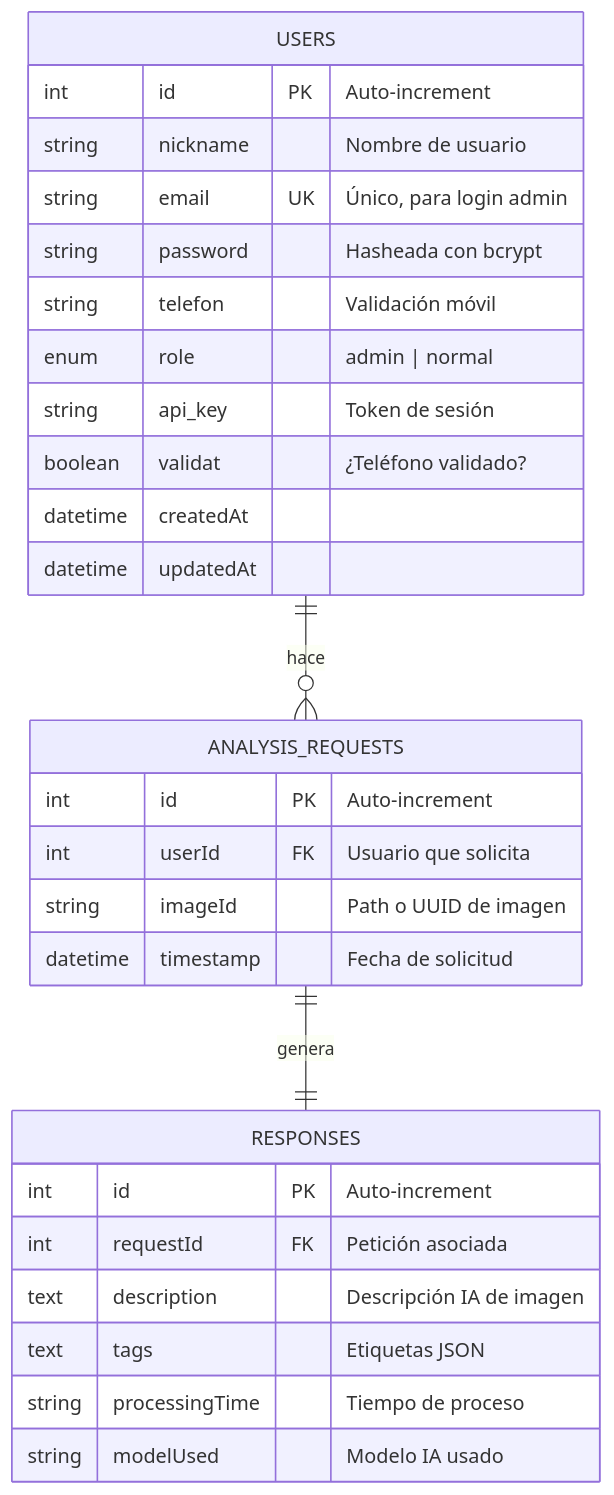
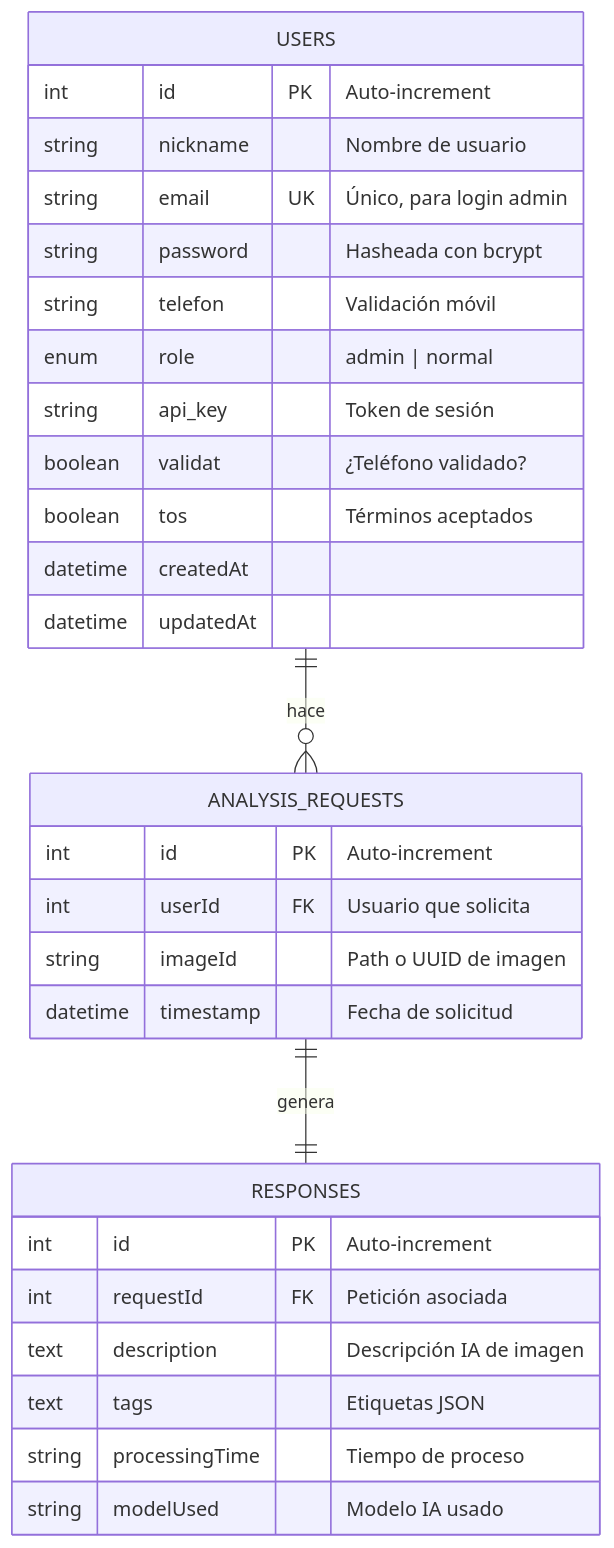
The second of 3 diagrams in docs/DOCUMENTACION.md (Barg0s/serverUxia), drawn with Mermaid before and after one commit. The commit also changed other lines of this file and 1 other file, not shown here.

Commit message:
el tos si se ponia

````diff
--- a/docs/DOCUMENTACION.md
+++ b/docs/DOCUMENTACION.md
@@ -34,34 +34,35 @@
 ```mermaid
 erDiagram
     USERS {
         int id PK "Auto-increment"
         string nickname "Nombre de usuario"
         string email UK "Único, para login admin"
         string password "Hasheada con bcrypt"
         string telefon "Validación móvil"
         enum role "admin | normal"
         string api_key "Token de sesión"
         boolean validat "¿Teléfono validado?"
+        boolean tos "Términos aceptados"
         datetime createdAt
         datetime updatedAt
     }
     
     ANALYSIS_REQUESTS {
         int id PK "Auto-increment"
         int userId FK "Usuario que solicita"
         string imageId "Path o UUID de imagen"
         datetime timestamp "Fecha de solicitud"
     }
     
     RESPONSES {
         int id PK "Auto-increment"
         int requestId FK "Petición asociada"
         text description "Descripción IA de imagen"
         text tags "Etiquetas JSON"
         string processingTime "Tiempo de proceso"
         string modelUsed "Modelo IA usado"
     }
     
     USERS ||--o{ ANALYSIS_REQUESTS : "hace"
     ANALYSIS_REQUESTS ||--|| RESPONSES : "genera"
 ```
````
